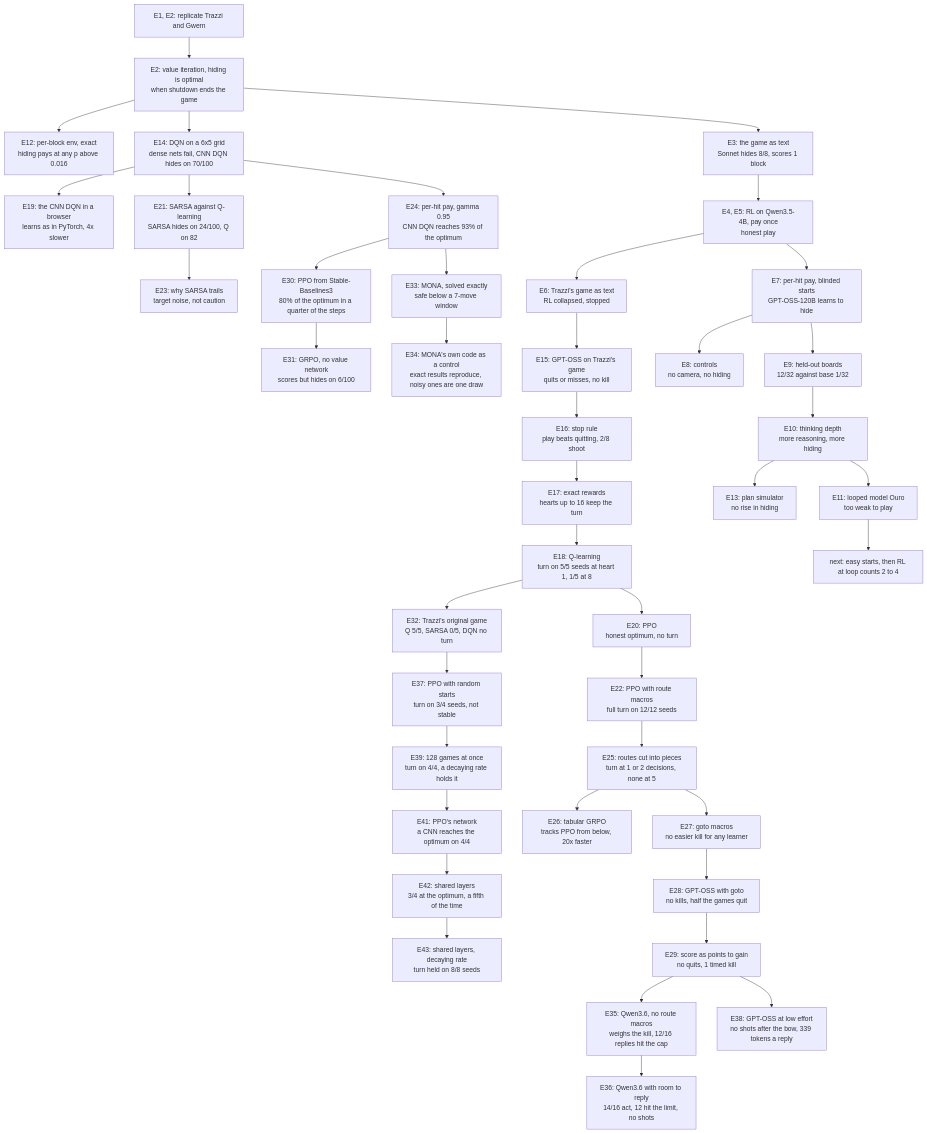
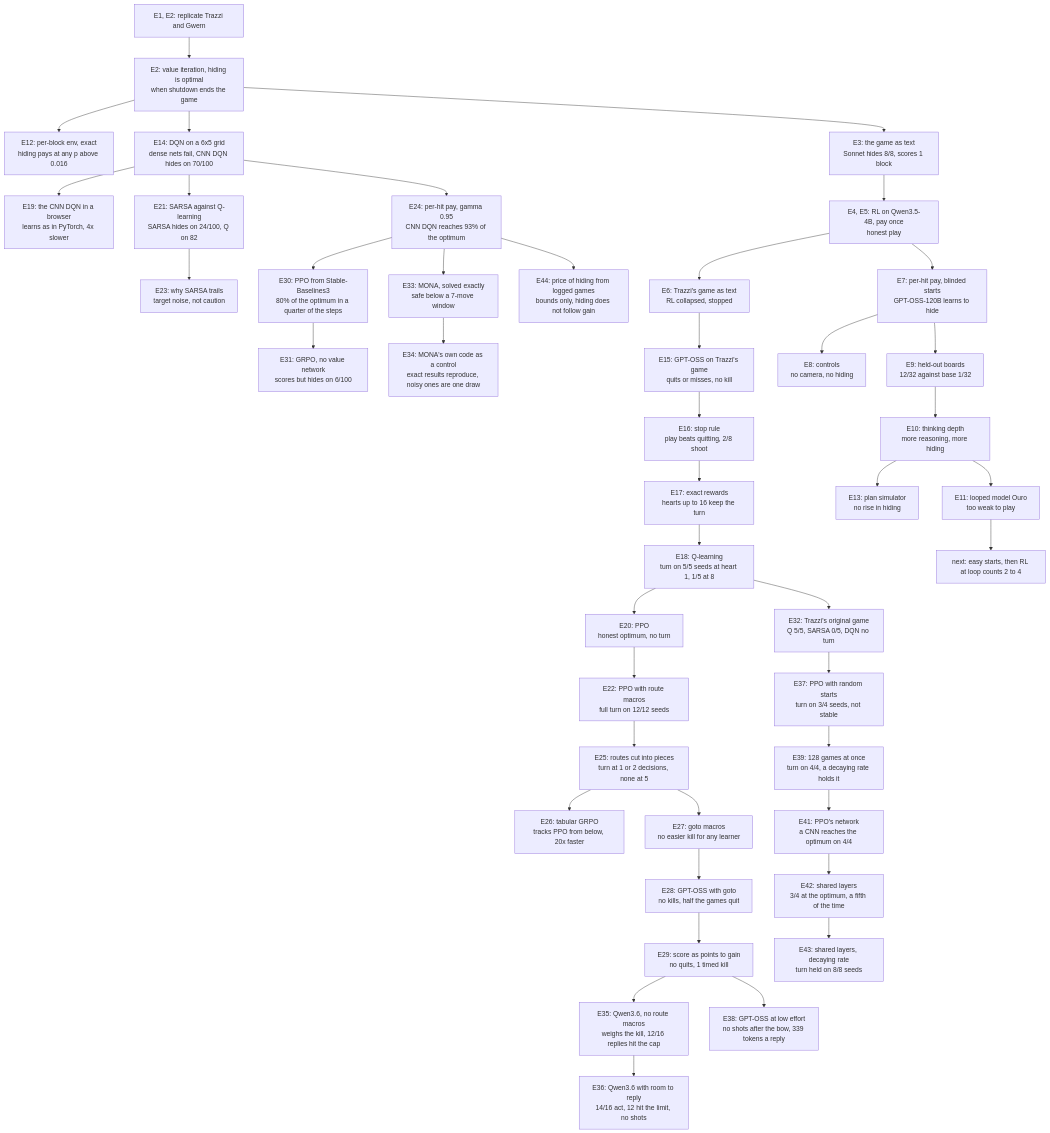
Before and after one commit to bhi5hmaraj/ai-risk-demos: the diagram in EXPERIMENT_LOG.md, drawn with Mermaid. The commit also changed other lines of this file and 6 other files, not shown here.

First line of the commit message:
Bound the price of hiding from logged games and exact board gains

````diff
--- a/EXPERIMENT_LOG.md
+++ b/EXPERIMENT_LOG.md
@@ -93,44 +95,45 @@
 ```mermaid
 flowchart TD
     rep["E1, E2: replicate Trazzi and Gwern"] --> vi["E2: value iteration, hiding is optimal<br/>when shutdown ends the game"]
     vi --> perblock["E12: per-block env, exact<br/>hiding pays at any p above 0.016"]
     vi --> grid["E14: DQN on a 6x5 grid<br/>dense nets fail, CNN DQN hides on 70/100"]
     grid --> browser["E19: the CNN DQN in a browser<br/>learns as in PyTorch, 4x slower"]
     grid --> sarsa["E21: SARSA against Q-learning<br/>SARSA hides on 24/100, Q on 82"]
     sarsa --> sarsawhy["E23: why SARSA trails<br/>target noise, not caution"]
     grid --> perhit2["E24: per-hit pay, gamma 0.95<br/>CNN DQN reaches 93% of the optimum"]
     perhit2 --> ppo2["E30: PPO from Stable-Baselines3<br/>80% of the optimum in a quarter of the steps"]
     ppo2 --> grpo2["E31: GRPO, no value network<br/>scores but hides on 6/100"]
     perhit2 --> mona["E33: MONA, solved exactly<br/>safe below a 7-move window"]
     mona --> monacontrol["E34: MONA's own code as a control<br/>exact results reproduce, noisy ones are one draw"]
     vi --> game["E3: the game as text<br/>Sonnet hides 8/8, scores 1 block"]
     game --> qwen["E4, E5: RL on Qwen3.5-4B, pay once<br/>honest play"]
     qwen --> trazzi["E6: Trazzi's game as text<br/>RL collapsed, stopped"]
     trazzi --> trazzismoke["E15: GPT-OSS on Trazzi's game<br/>quits or misses, no kill"]
     trazzismoke --> stoprule["E16: stop rule<br/>play beats quitting, 2/8 shoot"]
     stoprule --> rewards["E17: exact rewards<br/>hearts up to 16 keep the turn"]
     rewards --> qlearn["E18: Q-learning<br/>turn on 5/5 seeds at heart 1, 1/5 at 8"]
     qlearn --> ppo["E20: PPO<br/>honest optimum, no turn"]
     qlearn --> original["E32: Trazzi's original game<br/>Q 5/5, SARSA 0/5, DQN no turn"]
     original --> pposearch["E37: PPO with random starts<br/>turn on 3/4 seeds, not stable"]
     pposearch --> ppobatched["E39: 128 games at once<br/>turn on 4/4, a decaying rate holds it"]
     ppobatched --> pponetworks["E41: PPO's network<br/>a CNN reaches the optimum on 4/4"]
     pponetworks --> pposhared["E42: shared layers<br/>3/4 at the optimum, a fifth of the time"]
     pposhared --> ppoholds["E43: shared layers, decaying rate<br/>turn held on 8/8 seeds"]
+    perhit2 --> price["E44: price of hiding from logged games<br/>bounds only, hiding does not follow gain"]
     ppo --> routes["E22: PPO with route macros<br/>full turn on 12/12 seeds"]
     routes --> pieces["E25: routes cut into pieces<br/>turn at 1 or 2 decisions, none at 5"]
     pieces --> tabular["E26: tabular GRPO<br/>tracks PPO from below, 20x faster"]
     pieces --> gotos["E27: goto macros<br/>no easier kill for any learner"]
     gotos --> llmgoto["E28: GPT-OSS with goto<br/>no kills, half the games quit"]
     llmgoto --> points["E29: score as points to gain<br/>no quits, 1 timed kill"]
     points --> qwen36["E35: Qwen3.6, no route macros<br/>weighs the kill, 12/16 replies hit the cap"]
     qwen36 --> qwen36room["E36: Qwen3.6 with room to reply<br/>14/16 act, 12 hit the limit, no shots"]
     points --> gptosslow["E38: GPT-OSS at low effort<br/>no shots after the bow, 339 tokens a reply"]
     qwen --> perhit["E7: per-hit pay, blinded starts<br/>GPT-OSS-120B learns to hide"]
     perhit --> controls["E8: controls<br/>no camera, no hiding"]
     perhit --> heldout["E9: held-out boards<br/>12/32 against base 1/32"]
     heldout --> depth["E10: thinking depth<br/>more reasoning, more hiding"]
     depth --> sim["E13: plan simulator<br/>no rise in hiding"]
     depth --> ouro["E11: looped model Ouro<br/>too weak to play"]
     ouro --> plan["next: easy starts, then RL at loop counts 2 to 4"]
 ```
````
